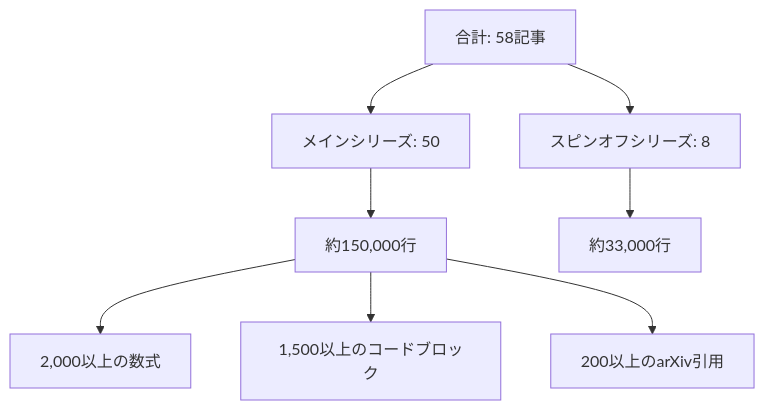
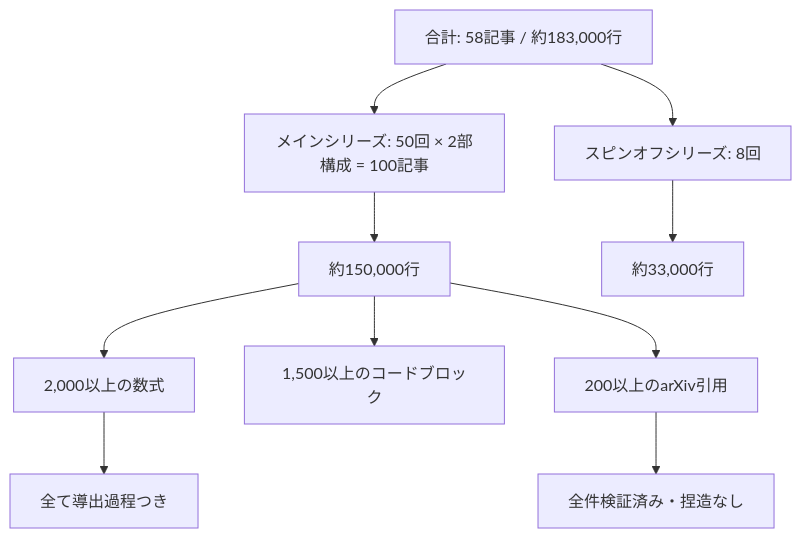
The diagram in README.md (fumishiki/deep-generative-models-ja), drawn with Mermaid before and after one commit. The commit also changed other lines of this file, not shown here.

````diff
--- a/README.md
+++ b/README.md
@@ -217,10 +230,12 @@
 ```mermaid
 graph TD
-    A[合計: 58記事] --> B[メインシリーズ: 50]
-    A --> C[スピンオフシリーズ: 8]
+    A[合計: 58記事 / 約183,000行] --> B[メインシリーズ: 50回 × 2部構成 = 100記事]
+    A --> C[スピンオフシリーズ: 8回]
     B --> D[約150,000行]
     C --> E[約33,000行]
     D --> F[2,000以上の数式]
     D --> G[1,500以上のコードブロック]
     D --> H[200以上のarXiv引用]
+    F --> I[全て導出過程つき]
+    H --> J[全件検証済み・捏造なし]
 ```
````
